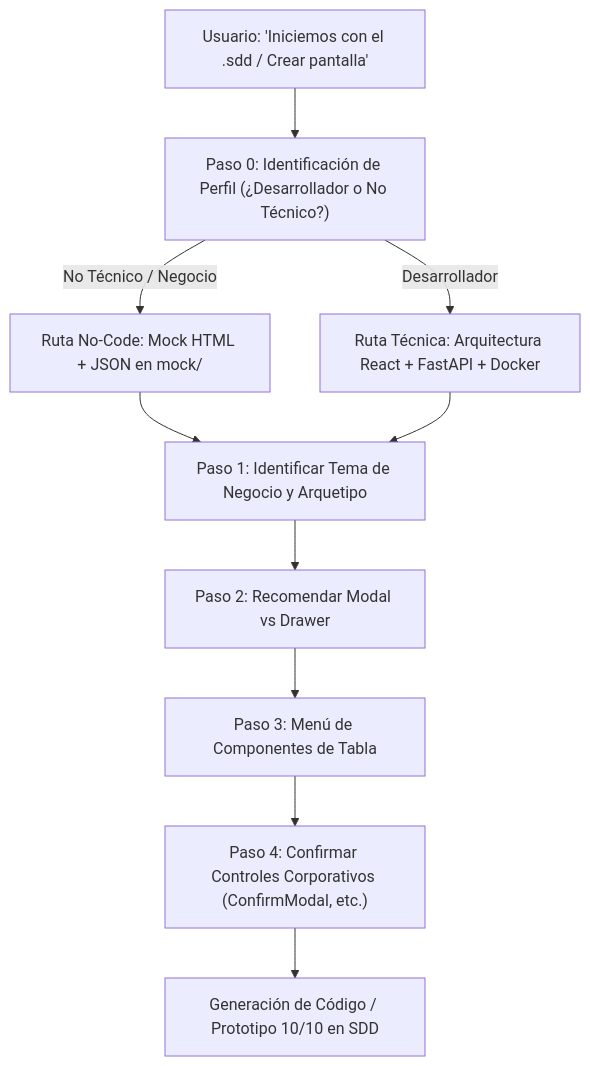
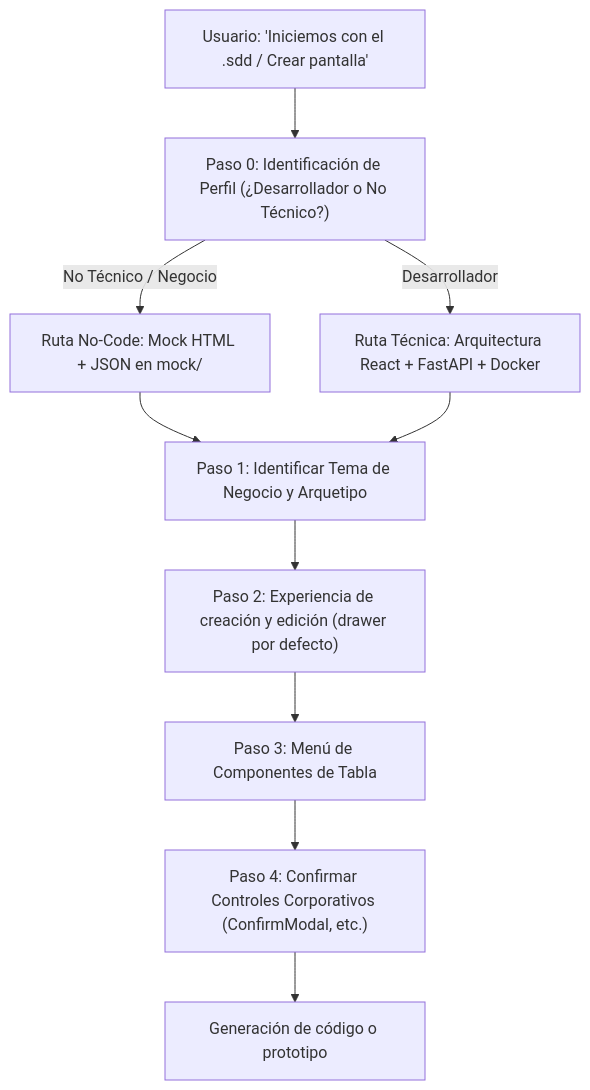
Before and after one commit to jnmontoy/sdd: the diagram in greenfield/03_asistente_interactivo_diseno_paginas.md, drawn with Mermaid. The commit also changed other lines of this file and 152 other files, not shown here.

````diff
--- a/greenfield/03_asistente_interactivo_diseno_paginas.md
+++ b/greenfield/03_asistente_interactivo_diseno_paginas.md
@@ -18,12 +18,12 @@
 ```mermaid
 graph TD
     A["Usuario: 'Iniciemos con el .sdd / Crear pantalla'"] --> A0["Paso 0: Identificación de Perfil (¿Desarrollador o No Técnico?)"]
     A0 -->|No Técnico / Negocio| B1["Ruta No-Code: Mock HTML + JSON en mock/"]
     A0 -->|Desarrollador| B2["Ruta Técnica: Arquitectura React + FastAPI + Docker"]
     B1 --> B["Paso 1: Identificar Tema de Negocio y Arquetipo"]
     B2 --> B
-    B --> C["Paso 2: Recomendar Modal vs Drawer"]
+    B --> C["Paso 2: Experiencia de creación y edición (drawer por defecto)"]
     C --> D["Paso 3: Menú de Componentes de Tabla"]
     D --> E["Paso 4: Confirmar Controles Corporativos (ConfirmModal, etc.)"]
-    E --> F["Generación de Código / Prototipo 10/10 en SDD"]
+    E --> F["Generación de código o prototipo"]
 ```
````
